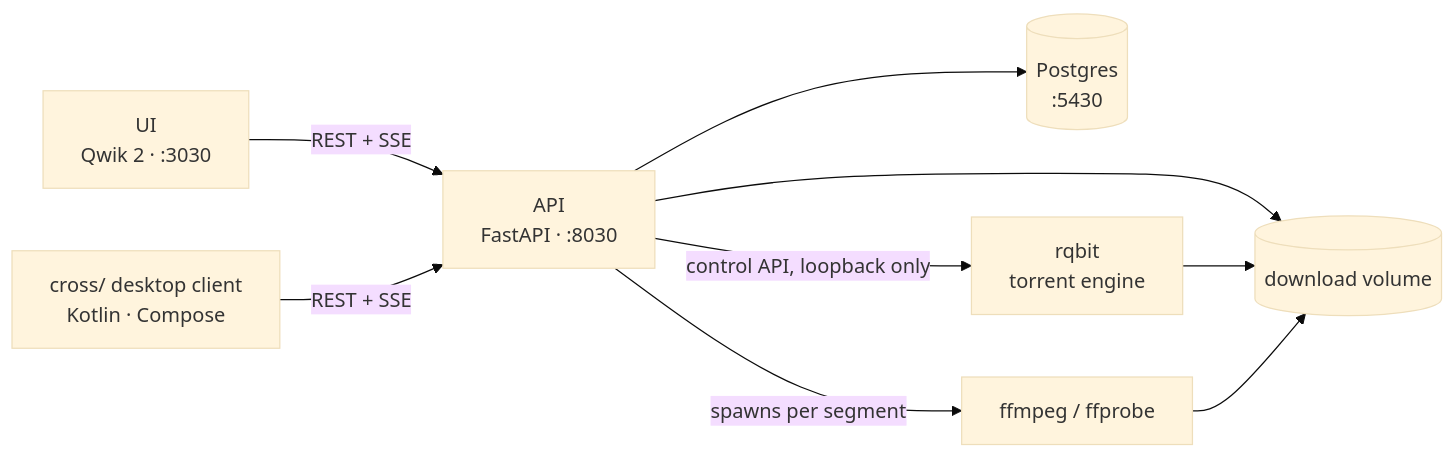
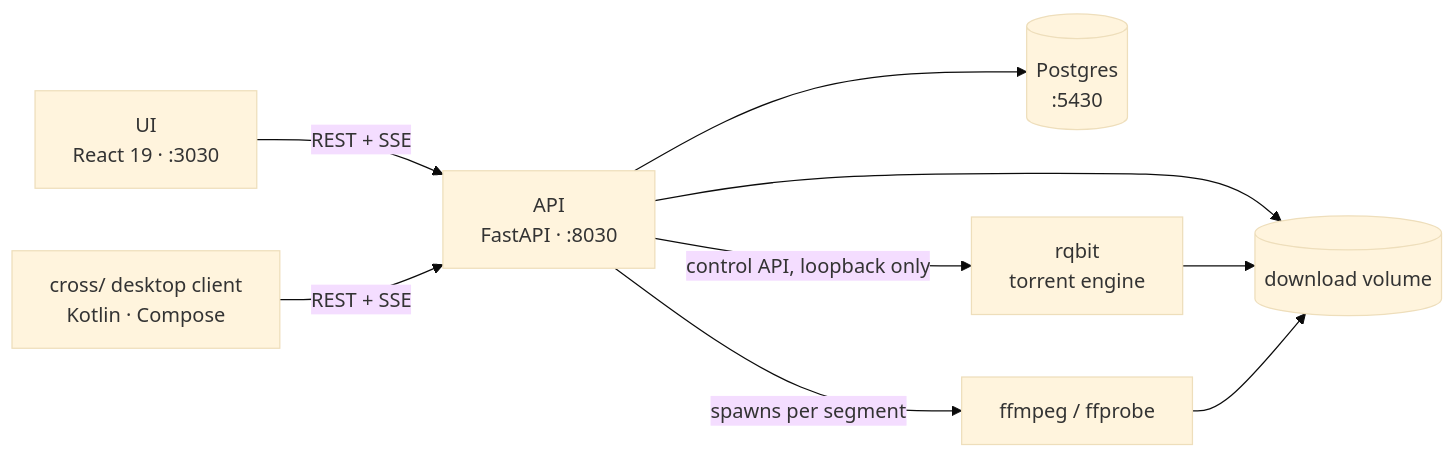
One commit to iamromandev/anydm changed the first of 2 diagrams in docs/architecture.md. Above: the diagram before and after it, drawn with Mermaid (base theme). The commit also changed 82 other files, not shown here.

First line of the commit message:
Feat/qwik to react (#522)

````diff
--- a/docs/architecture.md
+++ b/docs/architecture.md
@@ -9,19 +9,19 @@
 ```mermaid
 graph LR
-    UI["UI<br/>Qwik 2 · :3030"]
+    UI["UI<br/>React 19 · :3030"]
     CROSS["cross/ desktop client<br/>Kotlin · Compose"]
     API["API<br/>FastAPI · :8030"]
     PG[("Postgres<br/>:5430")]
     RQ["rqbit<br/>torrent engine"]
     FF["ffmpeg / ffprobe"]
     VOL[("download volume")]
 
     UI -->|"REST + SSE"| API
     CROSS -->|"REST + SSE"| API
     API --> PG
     API -->|"control API, loopback only"| RQ
     API -->|"spawns per segment"| FF
     API --> VOL
     RQ --> VOL
     FF --> VOL
 ```
````
